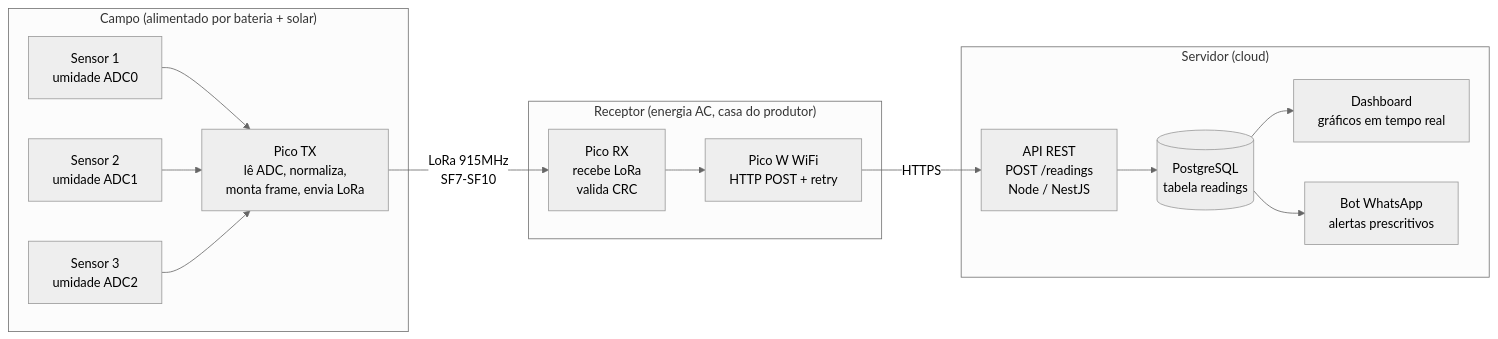
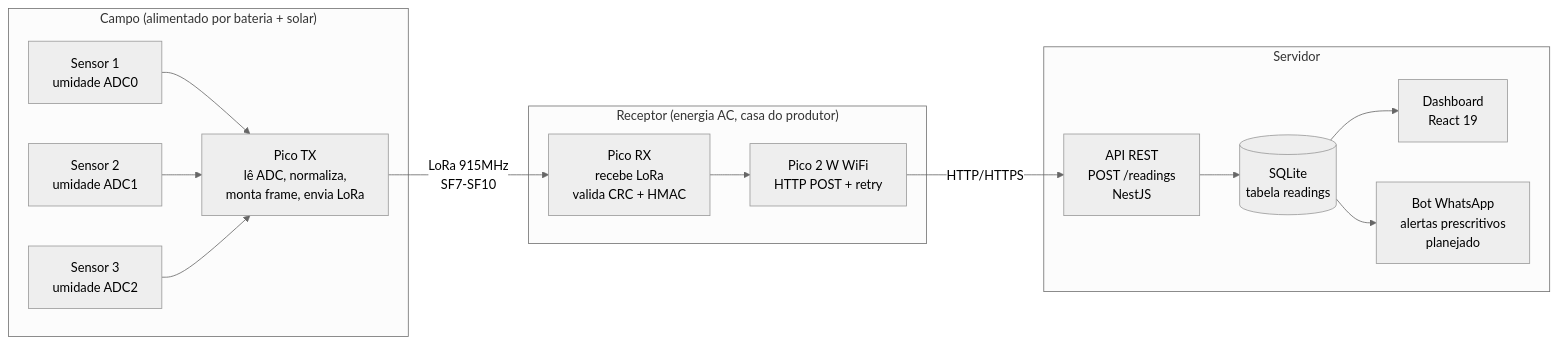
Before and after one commit to Mlcarvalho1/projetao-cin: the first of 2 diagrams in docs/architecture.md, drawn with Mermaid (neutral theme). The commit also changed other lines of this file and 22 other files, not shown here.

````diff
--- a/docs/architecture.md
+++ b/docs/architecture.md
@@ -9,31 +9,31 @@
 ```mermaid
 flowchart LR
   subgraph Campo["Campo (alimentado por bateria + solar)"]
     S1[Sensor 1<br/>umidade ADC0]
     S2[Sensor 2<br/>umidade ADC1]
     S3[Sensor 3<br/>umidade ADC2]
     PTX[Pico TX<br/>lê ADC, normaliza,<br/>monta frame, envia LoRa]
     S1 --> PTX
     S2 --> PTX
     S3 --> PTX
   end
 
   subgraph Receptor["Receptor (energia AC, casa do produtor)"]
-    PRX[Pico RX<br/>recebe LoRa<br/>valida CRC]
-    WIFI[Pico W WiFi<br/>HTTP POST + retry]
+    PRX[Pico RX<br/>recebe LoRa<br/>valida CRC + HMAC]
+    WIFI[Pico 2 W WiFi<br/>HTTP POST + retry]
     PRX --> WIFI
   end
 
-  subgraph Servidor["Servidor (cloud)"]
-    API[API REST<br/>POST /readings<br/>Node / NestJS]
-    DB[(PostgreSQL<br/>tabela readings)]
-    DASH[Dashboard<br/>gráficos em tempo real]
-    WPP[Bot WhatsApp<br/>alertas prescritivos]
+  subgraph Servidor["Servidor"]
+    API[API REST<br/>POST /readings<br/>NestJS]
+    DB[(SQLite<br/>tabela readings)]
+    DASH[Dashboard<br/>React 19]
+    WPP[Bot WhatsApp<br/>alertas prescritivos<br/>planejado]
     API --> DB
     DB --> DASH
     DB --> WPP
   end
 
   PTX -- "LoRa 915MHz<br/>SF7-SF10" --> PRX
-  WIFI -- "HTTPS" --> API
+  WIFI -- "HTTP/HTTPS" --> API
 ```
````
